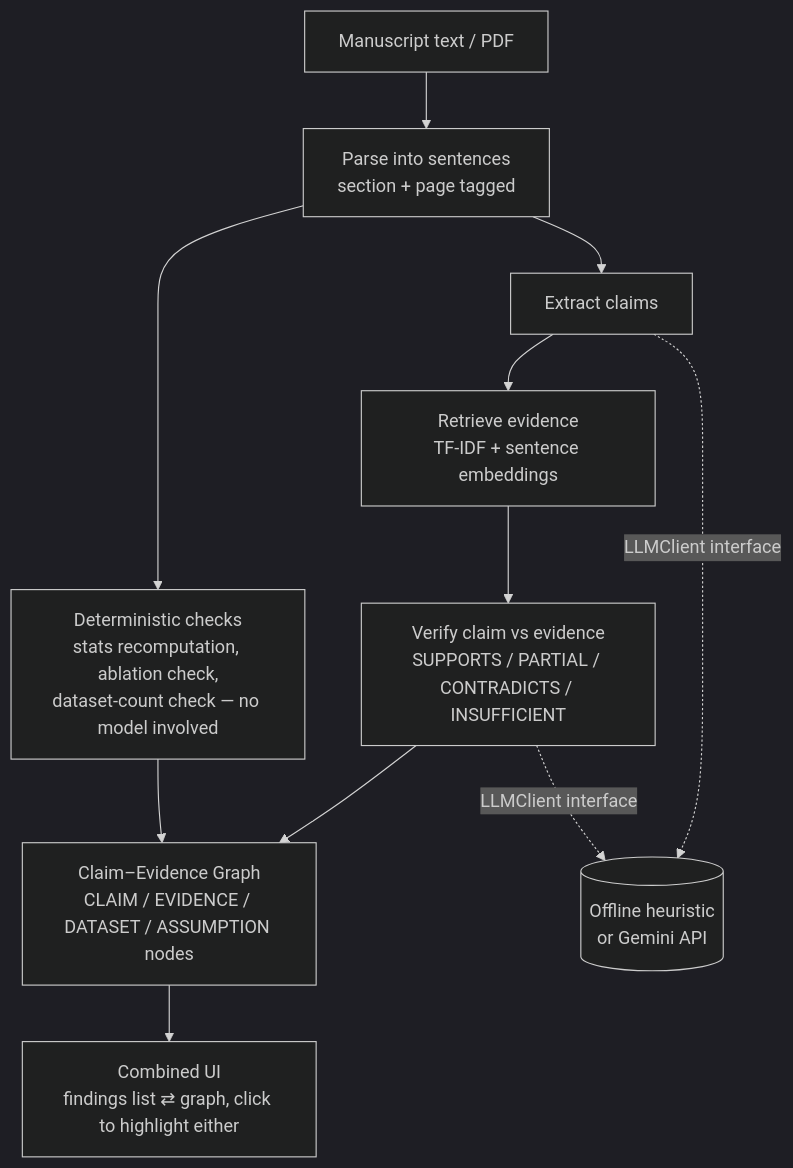
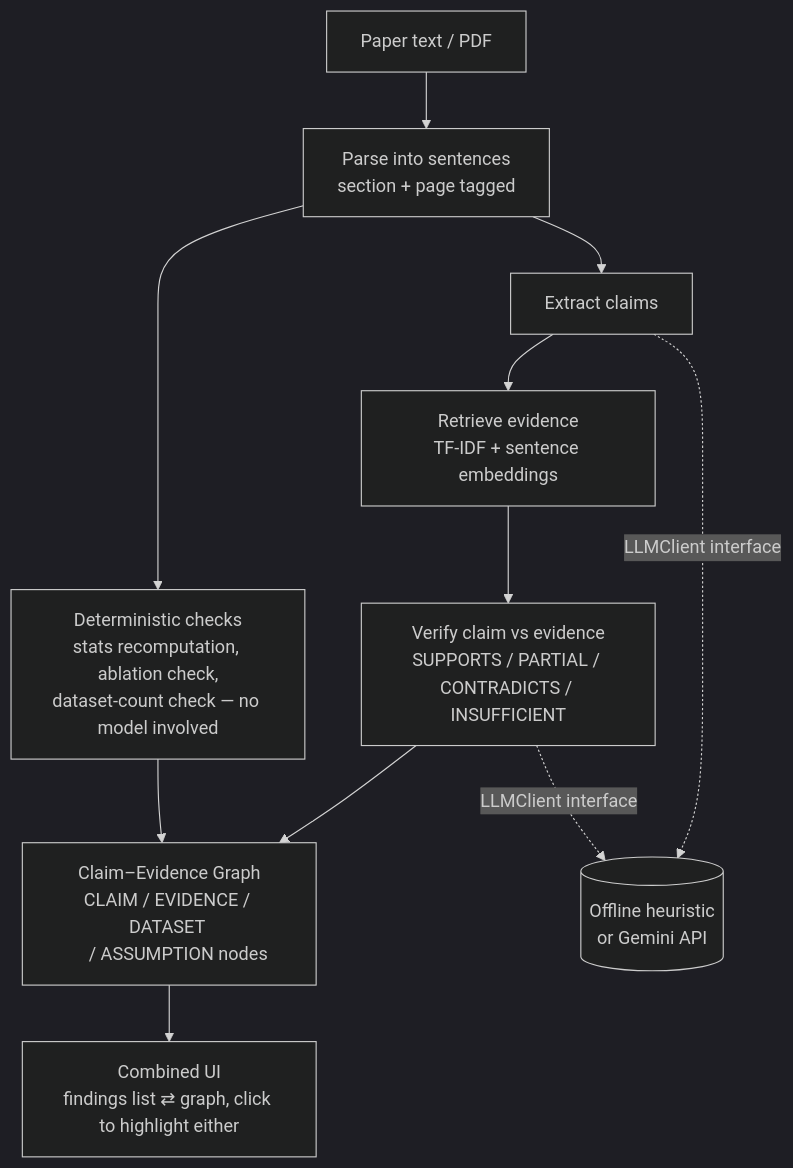
Before and after one commit to riccih-dev/etna-reviewer: the diagram in README.md, drawn with Mermaid (dark theme). The commit also changed other lines of this file, not shown here.

````diff
--- a/README.md
+++ b/README.md
@@ -15,14 +13,15 @@
 ```mermaid
 flowchart TD
-    A[Manuscript text / PDF] --> B[Parse into sentences<br/>section + page tagged]
+    A[Paper text / PDF] --> B[Parse into sentences<br/>section + page tagged]
     B --> C[Extract claims]
     C --> D[Retrieve evidence<br/>TF-IDF + sentence embeddings]
     D --> E[Verify claim vs evidence<br/>SUPPORTS / PARTIAL / CONTRADICTS / INSUFFICIENT]
     B --> F[Deterministic checks<br/>stats recomputation, ablation check,<br/>dataset-count check — no model involved]
-    E --> G[Claim–Evidence Graph<br/>CLAIM / EVIDENCE / DATASET / ASSUMPTION nodes]
+    E --> G[Claim–Evidence Graph<br/>CLAIM / EVIDENCE / DATASET 
+    / ASSUMPTION nodes]
     F --> G
     G --> H[Combined UI<br/>findings list ⇄ graph, click to highlight either]
 
     C -. LLMClient interface .-> I[(Offline heuristic<br/>or Gemini API)]
     E -. LLMClient interface .-> I
 ```
````
